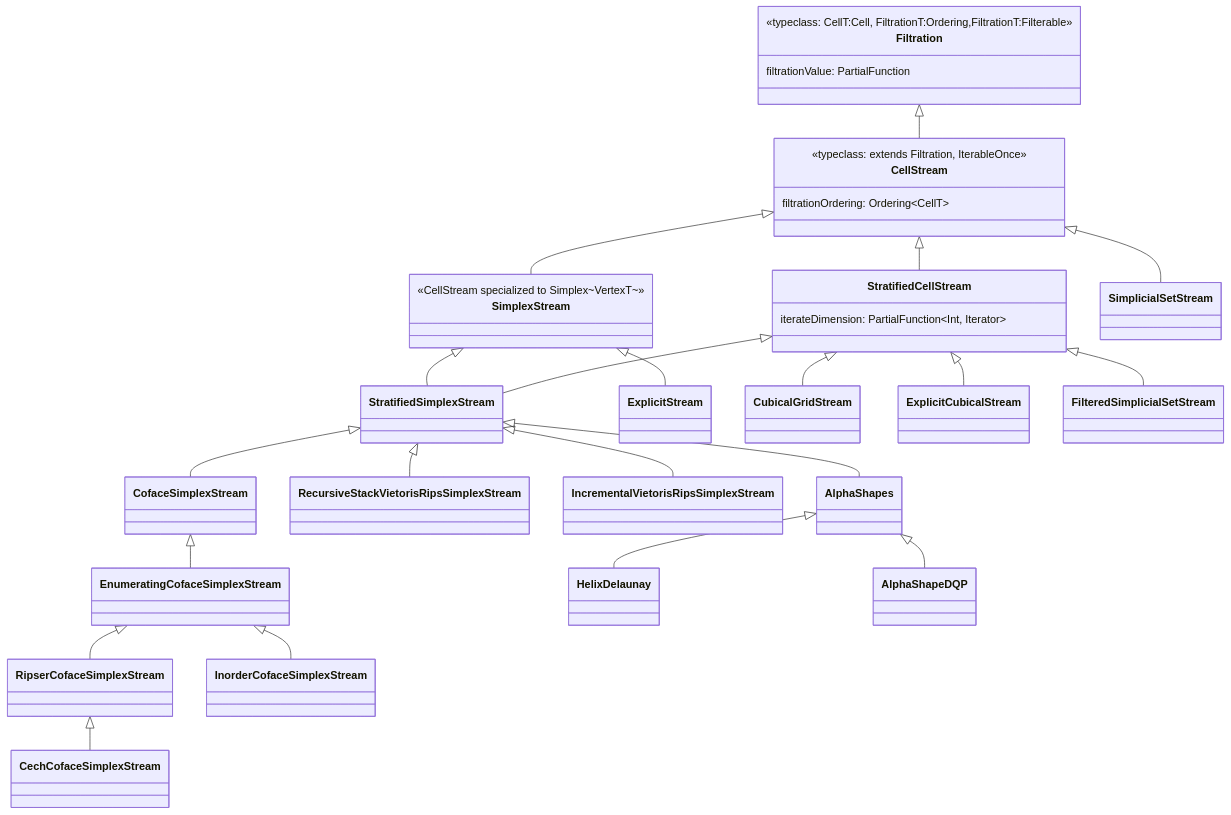
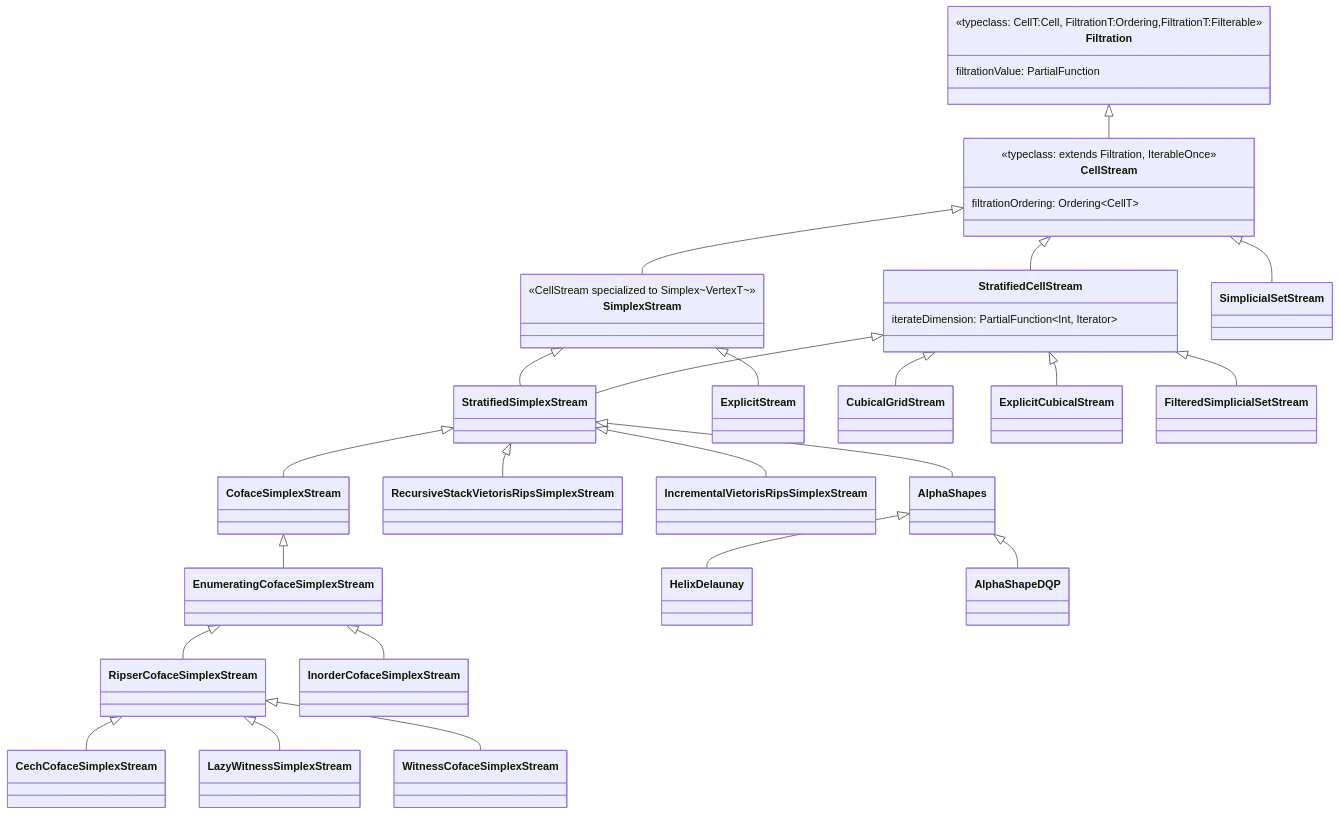
One commit to appliedtopology/tda4j changed the fourth of 6 diagrams in src/main/paradox/developers-guide/class-diagrams.md. Above: the diagram before and after it, drawn with Mermaid. The commit also changed 12 other files, not shown here.

````diff
--- a/src/main/paradox/developers-guide/class-diagrams.md
+++ b/src/main/paradox/developers-guide/class-diagrams.md
@@ -120,37 +120,39 @@
 ```mermaid
 classDiagram
     class Filtration {
         <<typeclass: CellT:Cell, FiltrationT:Ordering,FiltrationT:Filterable>>
         filtrationValue: PartialFunction
     }
     class CellStream {
         <<typeclass: extends Filtration, IterableOnce>>
         filtrationOrdering: Ordering~CellT~
     }
     class SimplexStream {
         <<CellStream specialized to Simplex~VertexT~>>
     }
     class StratifiedCellStream {
         iterateDimension: PartialFunction~Int, Iterator~
     }
     Filtration <|-- CellStream
     CellStream <|-- SimplexStream
     CellStream <|-- StratifiedCellStream
     SimplexStream <|-- StratifiedSimplexStream
     StratifiedCellStream <|-- StratifiedSimplexStream
     StratifiedSimplexStream <|-- CofaceSimplexStream
     CofaceSimplexStream <|-- EnumeratingCofaceSimplexStream
     EnumeratingCofaceSimplexStream <|-- RipserCofaceSimplexStream
     RipserCofaceSimplexStream <|-- CechCofaceSimplexStream
+    RipserCofaceSimplexStream <|-- LazyWitnessSimplexStream
+    RipserCofaceSimplexStream <|-- WitnessCofaceSimplexStream
     EnumeratingCofaceSimplexStream <|-- InorderCofaceSimplexStream
     SimplexStream <|-- ExplicitStream
     StratifiedSimplexStream <|-- RecursiveStackVietorisRipsSimplexStream
     StratifiedSimplexStream <|-- IncrementalVietorisRipsSimplexStream
     StratifiedSimplexStream <|-- AlphaShapes
     AlphaShapes <|-- HelixDelaunay
     AlphaShapes <|-- AlphaShapeDQP
     StratifiedCellStream <|-- CubicalGridStream
     StratifiedCellStream <|-- ExplicitCubicalStream
     CellStream <|-- SimplicialSetStream
     StratifiedCellStream <|-- FilteredSimplicialSetStream
 ```
````
